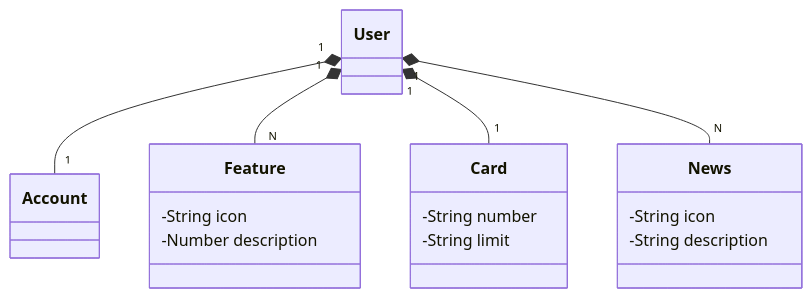
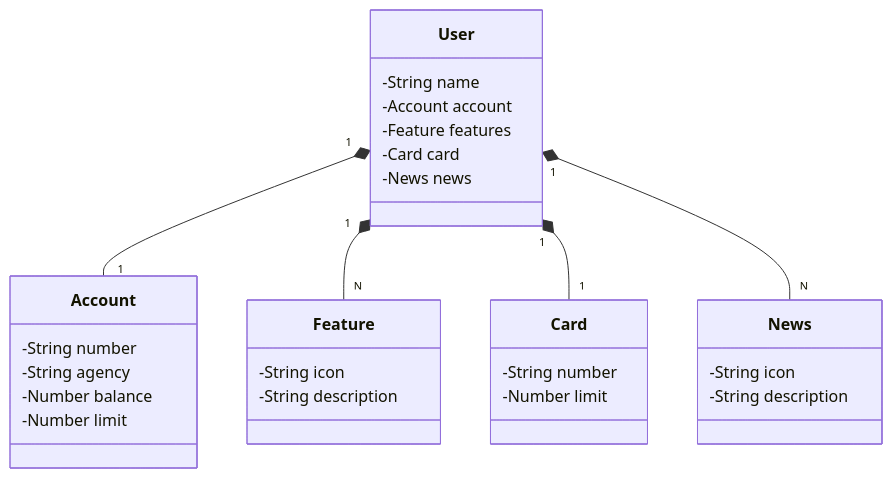
Before and after one commit to mrayronmatos001/dio: the diagram in decola_tech_2025/api-restful/README.md, drawn with Mermaid.

Commit message:
tweak 2 class diagram

````diff
--- a/decola_tech_2025/api-restful/README.md
+++ b/decola_tech_2025/api-restful/README.md
@@ -3,23 +3,38 @@
 ```mermaid
+classDiagram
 
-classDiagram
+class User {
+    -String name
+    -Account account
+    -Feature features
+    -Card card
+    -News news
+}
+
+class Account {
+    -String number
+    -String agency
+    -Number balance
+    -Number limit
+}
+
 class Feature {
     -String icon
-    -Number description
+    -String description
 }
 
 class Card {
     -String number
-    -String limit
+    -Number limit
 }
 
 class News {
     -String icon
     -String description
 }
 
 User "1" *-- "1" Account
 User "1" *-- "N" Feature
 User "1" *-- "1" Card
 User "1" *-- "N" News
 ```
````
